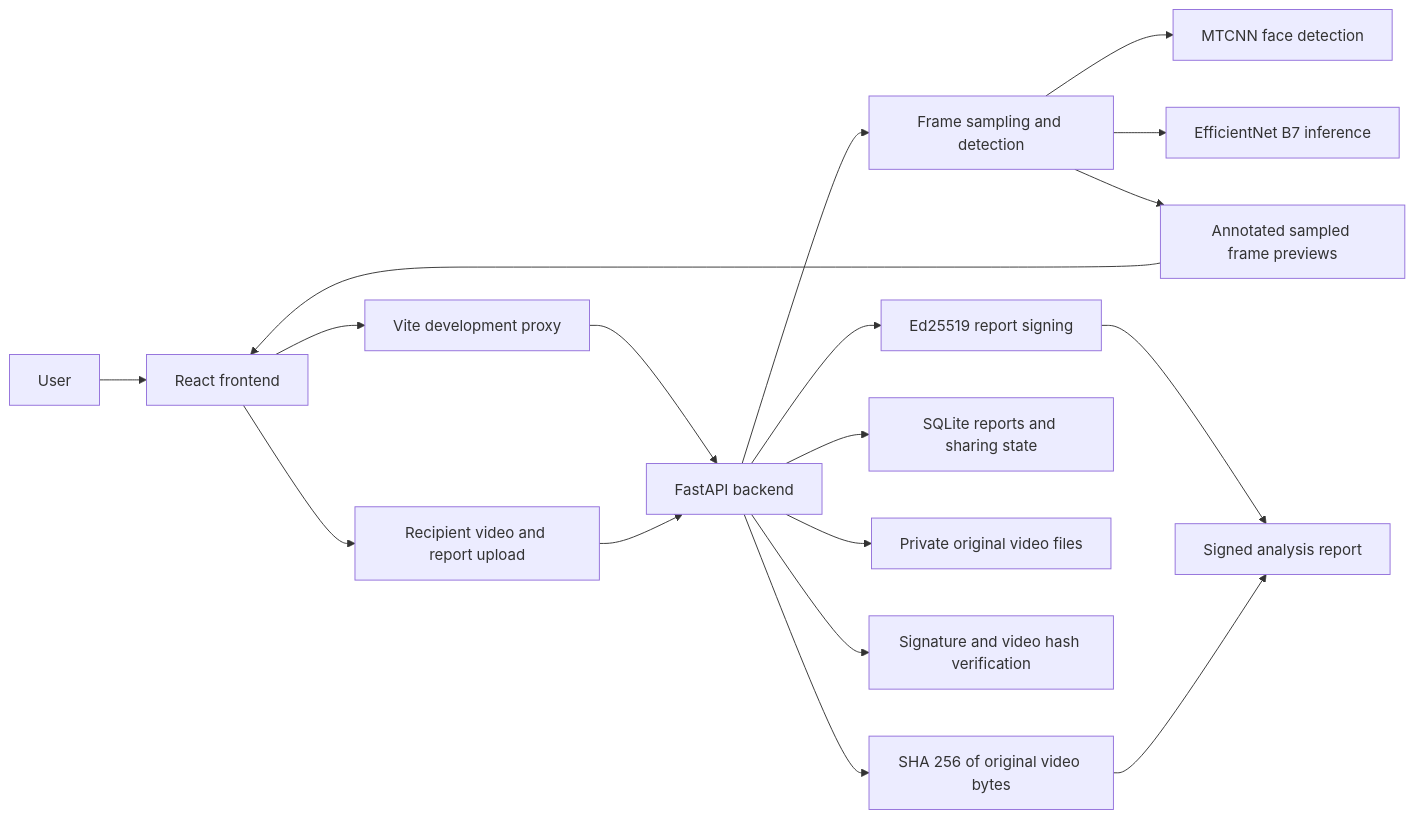
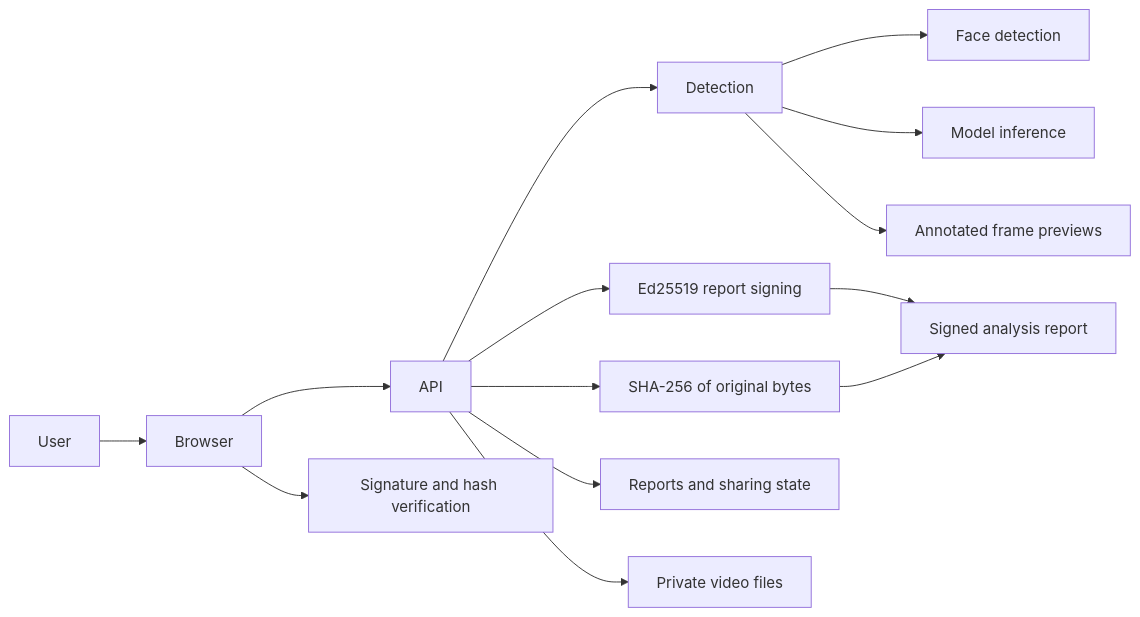
The diagram in README.md (Manav-020/deepfake-video-verification), drawn with Mermaid before and after one commit. The commit also changed other lines of this file and 4 other files, not shown here.

Commit message:
docs: merge /docs into README, clean architecture diagram

````diff
--- a/README.md
+++ b/README.md
@@ -21,20 +21,16 @@
 ```mermaid
 flowchart LR
-    User[User] --> Browser[React frontend]
-    Browser --> Vite[Vite development proxy]
-    Vite --> API[FastAPI backend]
-    API --> Detection[Frame sampling and detection]
-    Detection --> Faces[MTCNN face detection]
-    Detection --> Model[EfficientNet B7 inference]
-    Detection --> Previews[Annotated sampled frame previews]
-    API --> Hash[SHA 256 of original video bytes]
+    User --> Browser
+    Browser --> API
+    API --> Detection
+    Detection --> FaceDetection[Face detection]
+    Detection --> ModelInference[Model inference]
+    Detection --> FramePreviews[Annotated frame previews]
+    API --> Hash[SHA-256 of original bytes]
     API --> Signing[Ed25519 report signing]
     Signing --> Report[Signed analysis report]
     Hash --> Report
-    API --> Database[SQLite reports and sharing state]
-    API --> VideoStore[Private original video files]
-    Browser --> Upload[Recipient video and report upload]
-    Upload --> API
-    API --> Verification[Signature and video hash verification]
-    Previews --> Browser
+    API --> Database[Reports and sharing state]
+    API --> VideoStore[Private video files]
+    Browser --> Verification[Signature and hash verification]
 ```
````
